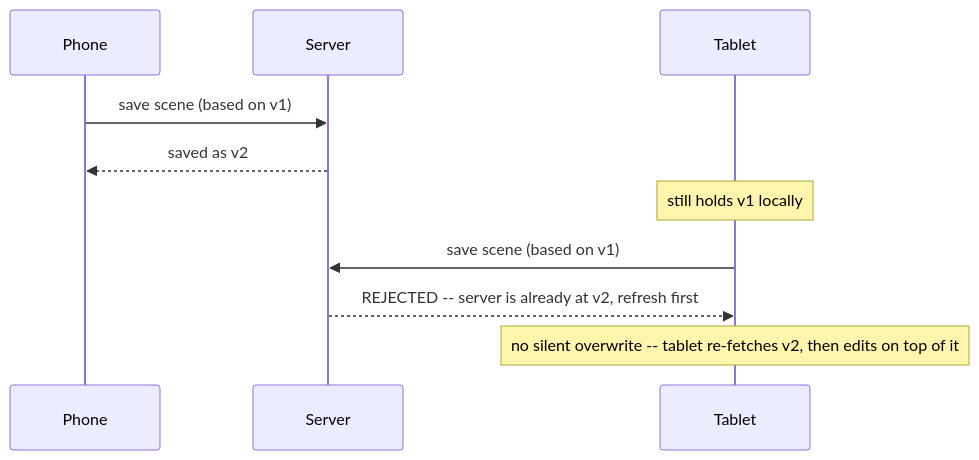
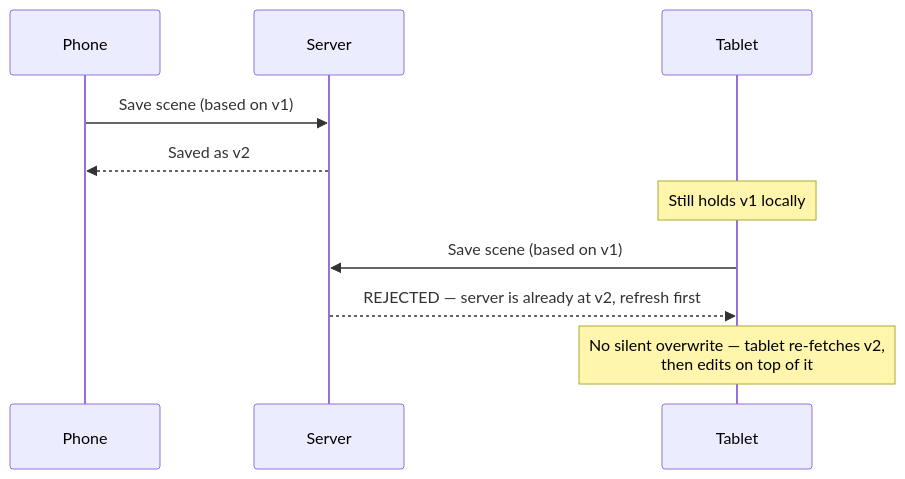
Before and after one commit to riyaz-pasha/Learnings: diagram 12 of 14 in system-design/HLD/0-course/54-Design-an-AR-Virtual-Furniture-Placement-System-FAANG-Guide-story.md, drawn with Mermaid. The commit also changed other lines of this file and 1 other file, not shown here.

Commit message:
[REWRITE] AR Virtual Furniture Placement story guide: simplify prose, add structure, fix diagrams

````diff
--- a/system-design/HLD/0-course/54-Design-an-AR-Virtual-Furniture-Placement-System-FAANG-Guide-story.md
+++ b/system-design/HLD/0-course/54-Design-an-AR-Virtual-Furniture-Placement-System-FAANG-Guide-story.md
@@ -301,13 +587,13 @@
 ```mermaid
 sequenceDiagram
     participant Phone
     participant Server
     participant Tablet
 
-    Phone->>Server: save scene (based on v1)
-    Server-->>Phone: saved as v2
-    Note over Tablet: still holds v1 locally
-    Tablet->>Server: save scene (based on v1)
-    Server-->>Tablet: REJECTED -- server is already at v2, refresh first
-    Note over Tablet: no silent overwrite -- tablet re-fetches v2, then edits on top of it
+    Phone->>Server: Save scene (based on v1)
+    Server-->>Phone: Saved as v2
+    Note over Tablet: Still holds v1 locally
+    Tablet->>Server: Save scene (based on v1)
+    Server-->>Tablet: REJECTED — server is already at v2, refresh first
+    Note over Tablet: No silent overwrite — tablet re-fetches v2,<br/>then edits on top of it
 ```
````
